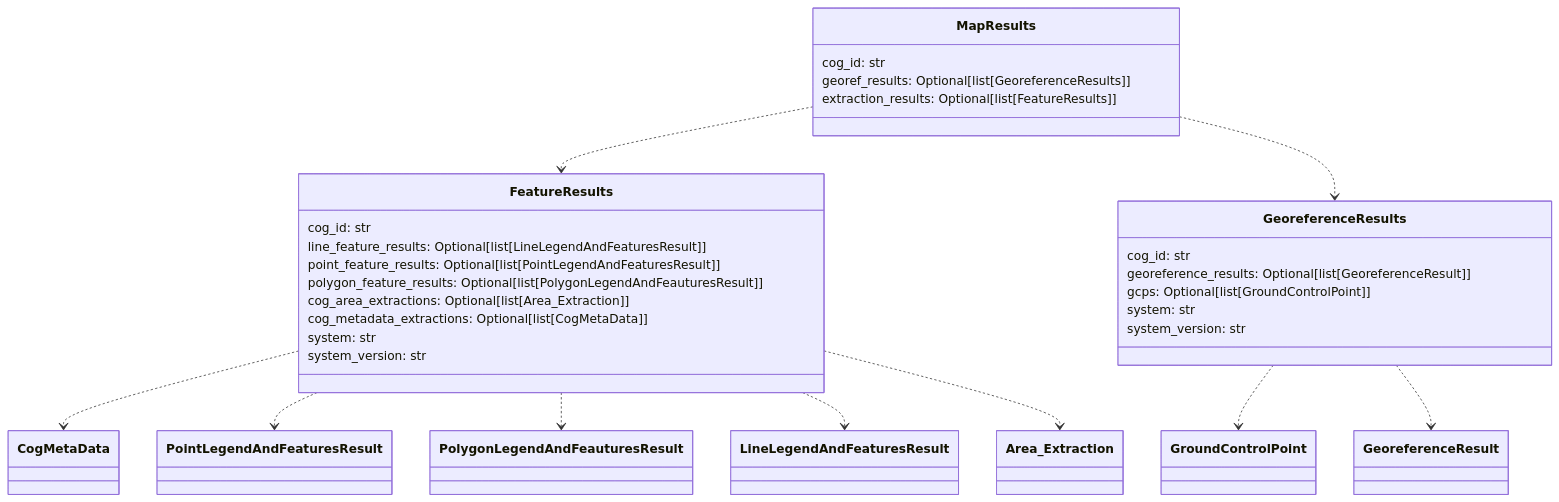
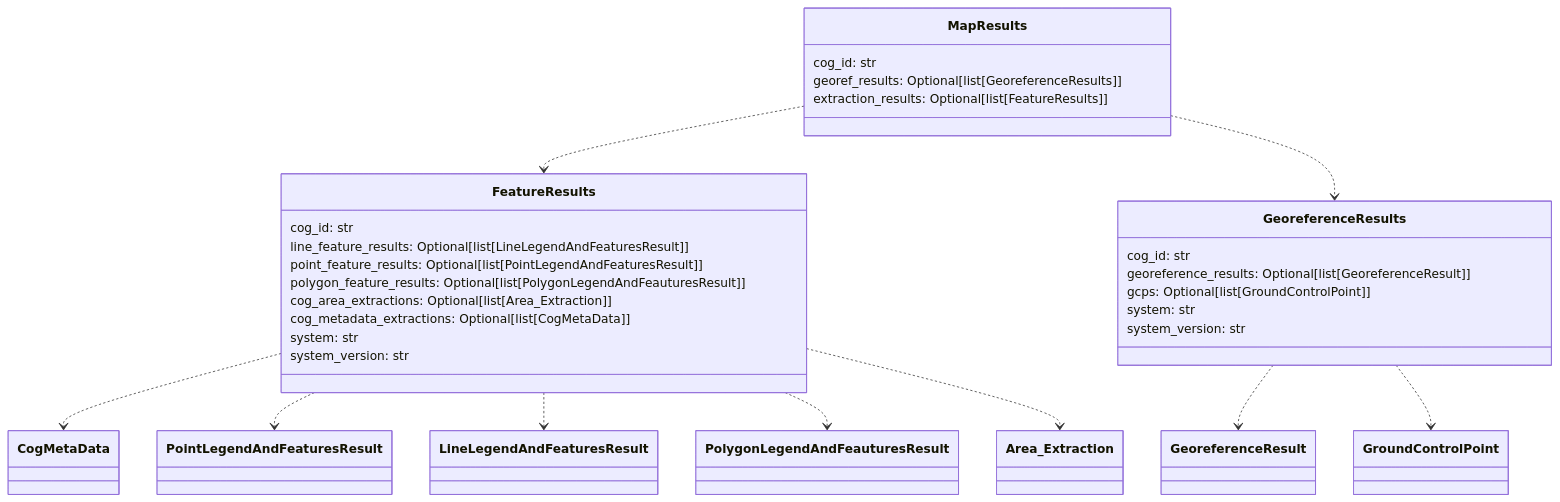
One commit to DARPA-CRITICALMAAS/cdr_schemas changed diagram 11 of 12 in README.md. Above: the diagram before and after it, drawn with Mermaid. The commit also changed other lines of this file and 4 other files, not shown here.

````diff
--- a/README.md
+++ b/README.md
@@ -814,40 +820,40 @@
 ```mermaid
 classDiagram
+
+    class MapResults {
+        cog_id: str
+        georef_results: Optional[list[GeoreferenceResults]]
+        extraction_results: Optional[list[FeatureResults]]
+    }
 
     class FeatureResults {
         cog_id: str
         line_feature_results: Optional[list[LineLegendAndFeaturesResult]]
         point_feature_results: Optional[list[PointLegendAndFeaturesResult]]
         polygon_feature_results: Optional[list[PolygonLegendAndFeauturesResult]]
         cog_area_extractions: Optional[list[Area_Extraction]]
         cog_metadata_extractions: Optional[list[CogMetaData]]
         system: str
         system_version: str
     }
 
     class GeoreferenceResults {
         cog_id: str
         georeference_results: Optional[list[GeoreferenceResult]]
         gcps: Optional[list[GroundControlPoint]]
         system: str
         system_version: str
     }
 
-    class MapResults {
-        cog_id: str
-        georef_results: Optional[list[GeoreferenceResults]]
-        extraction_results: Optional[list[FeatureResults]]
-    }
-
     FeatureResults ..> CogMetaData
     FeatureResults ..> PointLegendAndFeaturesResult
+    FeatureResults ..> LineLegendAndFeaturesResult
     FeatureResults ..> PolygonLegendAndFeauturesResult
-    FeatureResults ..> LineLegendAndFeaturesResult
     FeatureResults ..> Area_Extraction
+    GeoreferenceResults ..> GeoreferenceResult
     GeoreferenceResults ..> GroundControlPoint
-    GeoreferenceResults ..> GeoreferenceResult
     MapResults ..> FeatureResults
     MapResults ..> GeoreferenceResults
 
 
 ```
````
